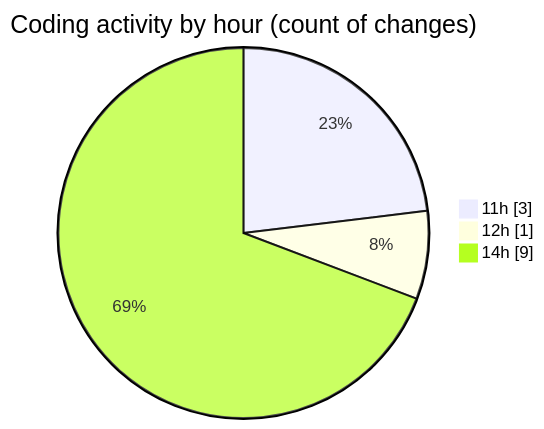
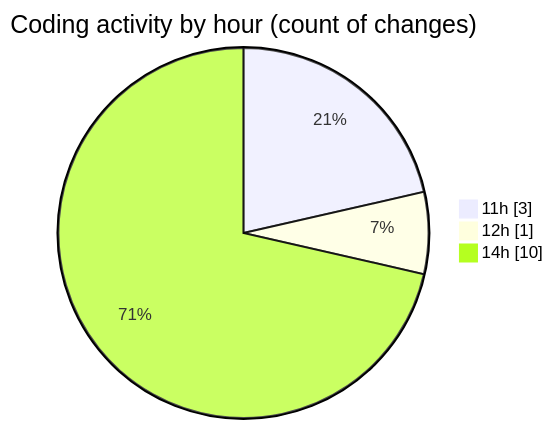
The second of 2 diagrams in 2026-04-24/cilapp/README.md (ricardozamudiocil/code-tracking), drawn with Mermaid before and after one commit. The commit also changed other lines of this file and 1 other file, not shown here.

````diff
--- a/2026-04-24/cilapp/README.md
+++ b/2026-04-24/cilapp/README.md
@@ -31,7 +33,7 @@
 ```mermaid
 pie showData
 title Coding activity by hour (count of changes)
 "11h" : 3
 "12h" : 1
-"14h" : 9
+"14h" : 10
 ```
````
